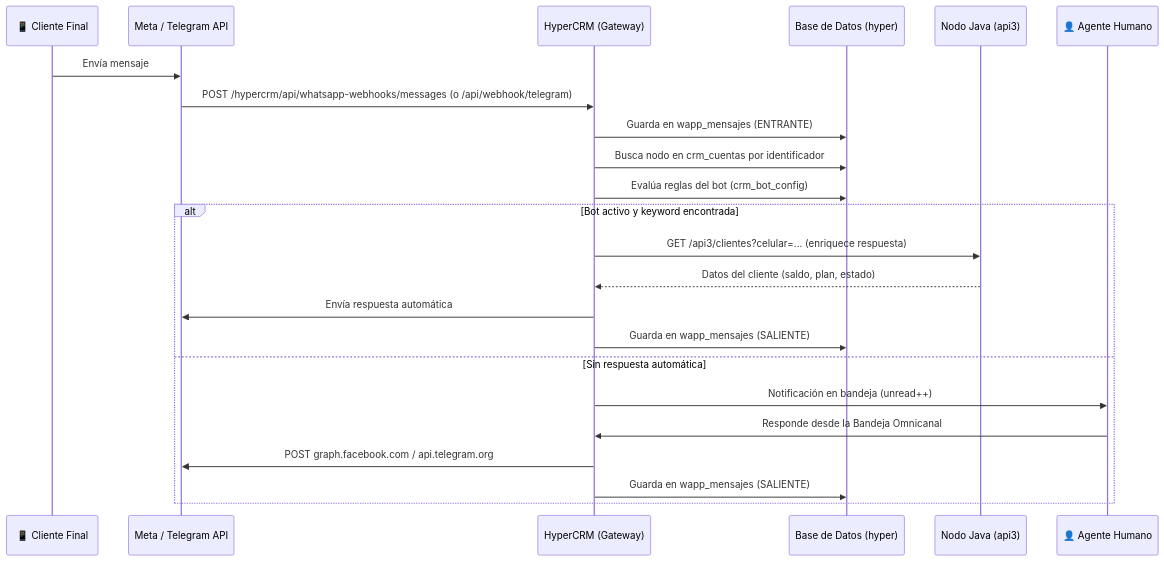
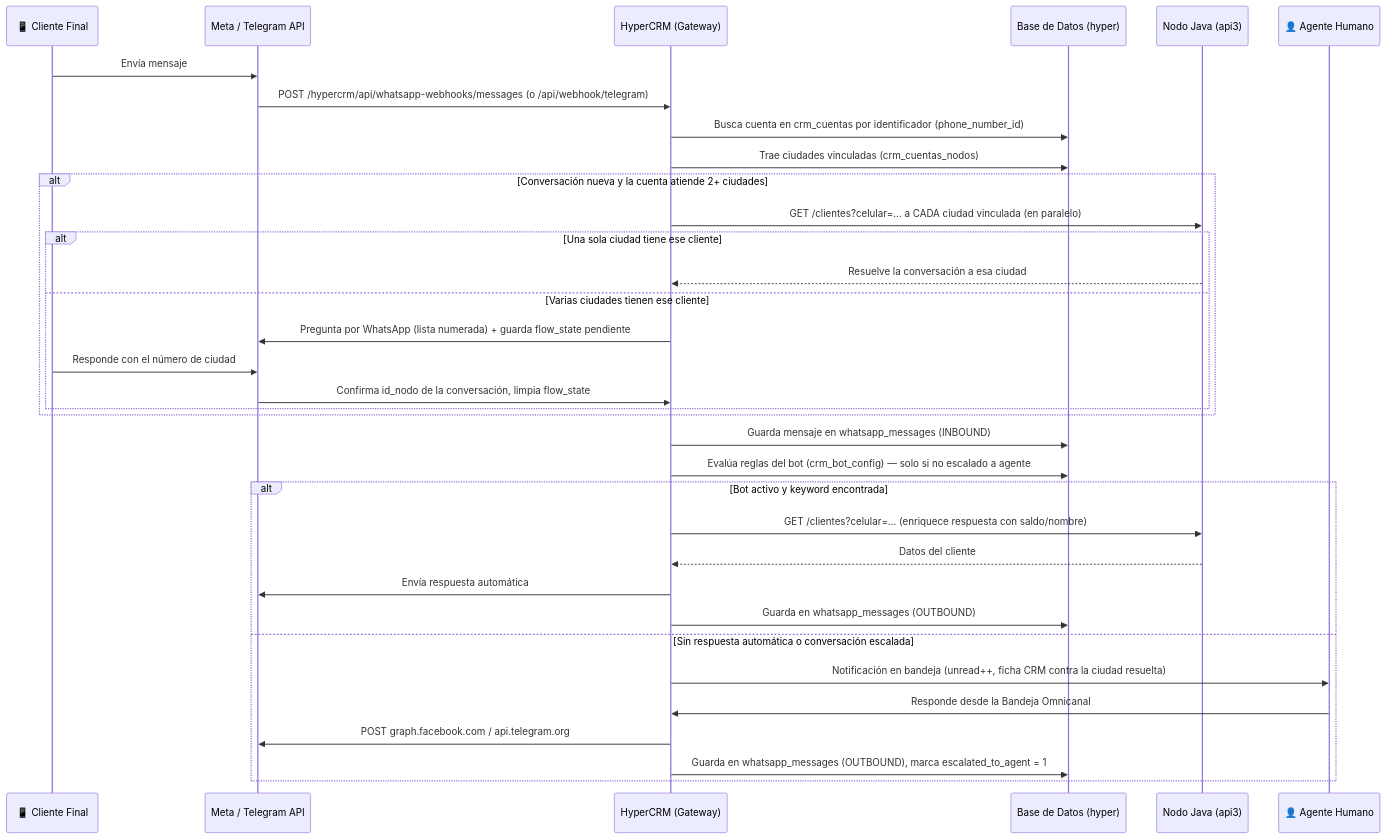
One commit to gbiloni/hyper changed the diagram in Hypercrm/diseño y Arquitectura .md. Above: the diagram before and after it, drawn with Mermaid. The commit also changed other lines of this file, not shown here.

First line of the commit message:
Actualiza el documento de arquitectura de Hypercrm con lo de hoy y correcciones viejas

````diff
--- a/Hypercrm/diseño y Arquitectura .md
+++ b/Hypercrm/diseño y Arquitectura .md
@@ -126,26 +163,37 @@
 ```mermaid
 sequenceDiagram
     participant Cliente as 📱 Cliente Final
     participant Meta as Meta / Telegram API
     participant CRM as HyperCRM (Gateway)
     participant DB as Base de Datos (hyper)
     participant Java as Nodo Java (api3)
     participant Agente as 👤 Agente Humano
 
     Cliente->>Meta: Envía mensaje
     Meta->>CRM: POST /hypercrm/api/whatsapp-webhooks/messages (o /api/webhook/telegram)
-    CRM->>DB: Guarda en wapp_mensajes (ENTRANTE)
-    CRM->>DB: Busca nodo en crm_cuentas por identificador
-    CRM->>DB: Evalúa reglas del bot (crm_bot_config)
+    CRM->>DB: Busca cuenta en crm_cuentas por identificador (phone_number_id)
+    CRM->>DB: Trae ciudades vinculadas (crm_cuentas_nodos)
+    alt Conversación nueva y la cuenta atiende 2+ ciudades
+        CRM->>Java: GET /clientes?celular=... a CADA ciudad vinculada (en paralelo)
+        alt Una sola ciudad tiene ese cliente
+            Java-->>CRM: Resuelve la conversación a esa ciudad
+        else Varias ciudades tienen ese cliente
+            CRM->>Meta: Pregunta por WhatsApp (lista numerada) + guarda flow_state pendiente
+            Cliente->>Meta: Responde con el número de ciudad
+            Meta->>CRM: Confirma id_nodo de la conversación, limpia flow_state
+        end
+    end
+    CRM->>DB: Guarda mensaje en whatsapp_messages (INBOUND)
+    CRM->>DB: Evalúa reglas del bot (crm_bot_config) — solo si no escalado a agente
     alt Bot activo y keyword encontrada
-        CRM->>Java: GET /api3/clientes?celular=... (enriquece respuesta)
-        Java-->>CRM: Datos del cliente (saldo, plan, estado)
+        CRM->>Java: GET /clientes?celular=... (enriquece respuesta con saldo/nombre)
+        Java-->>CRM: Datos del cliente
         CRM->>Meta: Envía respuesta automática
-        CRM->>DB: Guarda en wapp_mensajes (SALIENTE)
-    else Sin respuesta automática
-        CRM->>Agente: Notificación en bandeja (unread++)
+        CRM->>DB: Guarda en whatsapp_messages (OUTBOUND)
+    else Sin respuesta automática o conversación escalada
+        CRM->>Agente: Notificación en bandeja (unread++, ficha CRM contra la ciudad resuelta)
         Agente->>CRM: Responde desde la Bandeja Omnicanal
         CRM->>Meta: POST graph.facebook.com / api.telegram.org
-        CRM->>DB: Guarda en wapp_mensajes (SALIENTE)
+        CRM->>DB: Guarda en whatsapp_messages (OUTBOUND), marca escalated_to_agent = 1
     end
 ```
````
